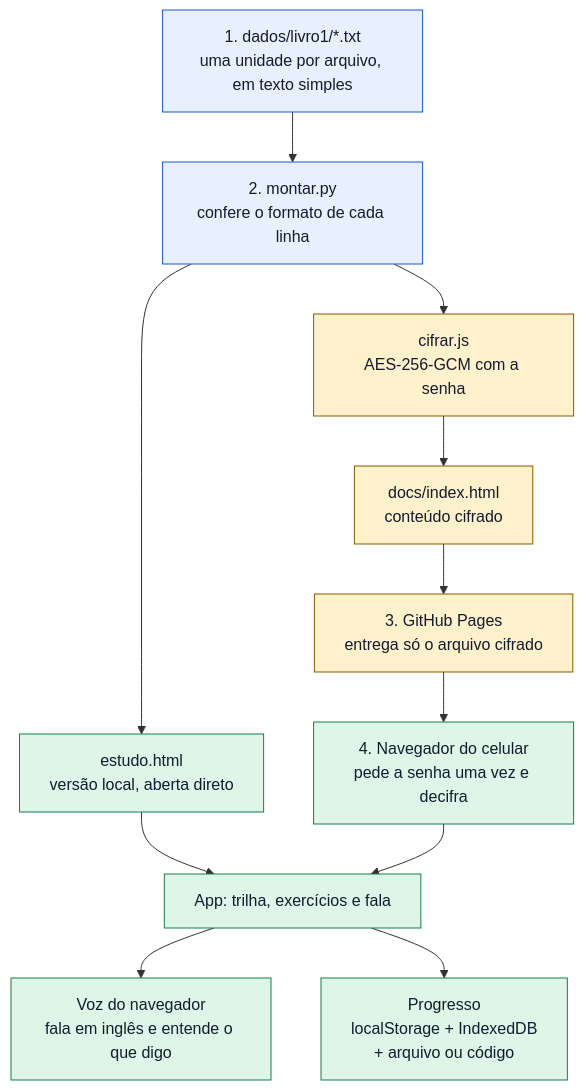
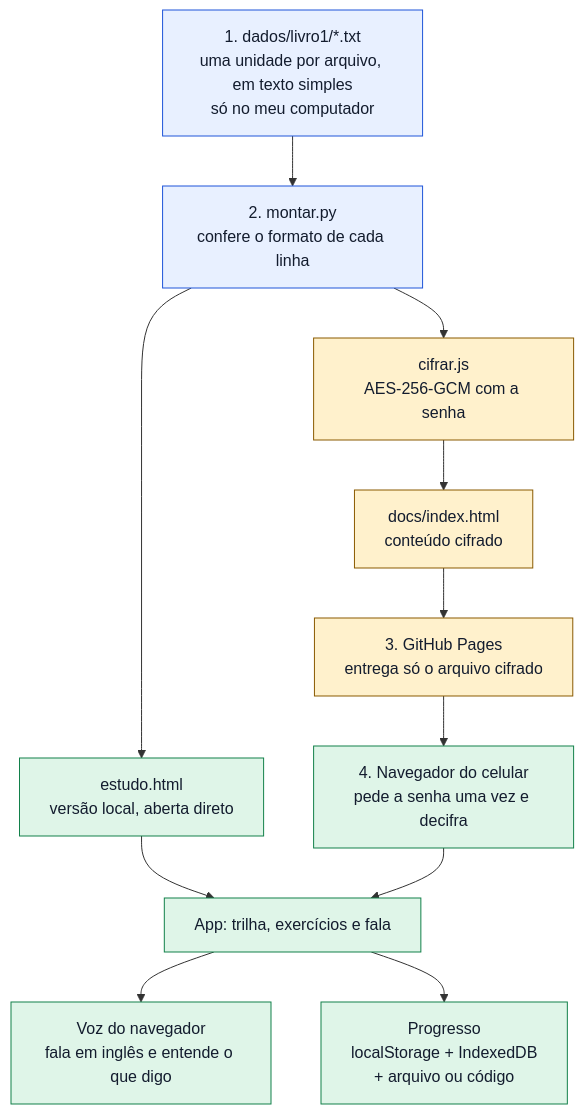
Before and after one commit to victor-ozores/English-Course: the first of 2 diagrams in README.md, drawn with Mermaid. The commit also changed other lines of this file and 45 other files, not shown here.

First line of the commit message:
Repositório público: tira o texto do livro do Git e revisa o conteúdo

````diff
--- a/README.md
+++ b/README.md
@@ -90,20 +90,20 @@
 ```mermaid
 flowchart TD
-    D["1. dados/livro1/*.txt<br/>uma unidade por arquivo, em texto simples"] --> M["2. montar.py<br/>confere o formato de cada linha"]
+    D["1. dados/livro1/*.txt<br/>uma unidade por arquivo, em texto simples<br/>só no meu computador"] --> M["2. montar.py<br/>confere o formato de cada linha"]
     M --> L["estudo.html<br/>versão local, aberta direto"]
     M --> C["cifrar.js<br/>AES-256-GCM com a senha"]
     C --> S["docs/index.html<br/>conteúdo cifrado"]
     S --> P["3. GitHub Pages<br/>entrega só o arquivo cifrado"]
     P --> B["4. Navegador do celular<br/>pede a senha uma vez e decifra"]
     L --> A
     B --> A["App: trilha, exercícios e fala"]
     A --> V["Voz do navegador<br/>fala em inglês e entende o que digo"]
     A --> G["Progresso<br/>localStorage + IndexedDB<br/>+ arquivo ou código"]
 
     classDef fonte fill:#e8f0ff,stroke:#1f55d9,color:#131c2e
     classDef seguro fill:#fff1cc,stroke:#8a5a00,color:#131c2e
     classDef app fill:#dff5e8,stroke:#12804a,color:#131c2e
     class D,M fonte
     class C,S,P seguro
     class A,V,G,B,L app
 ```
````
